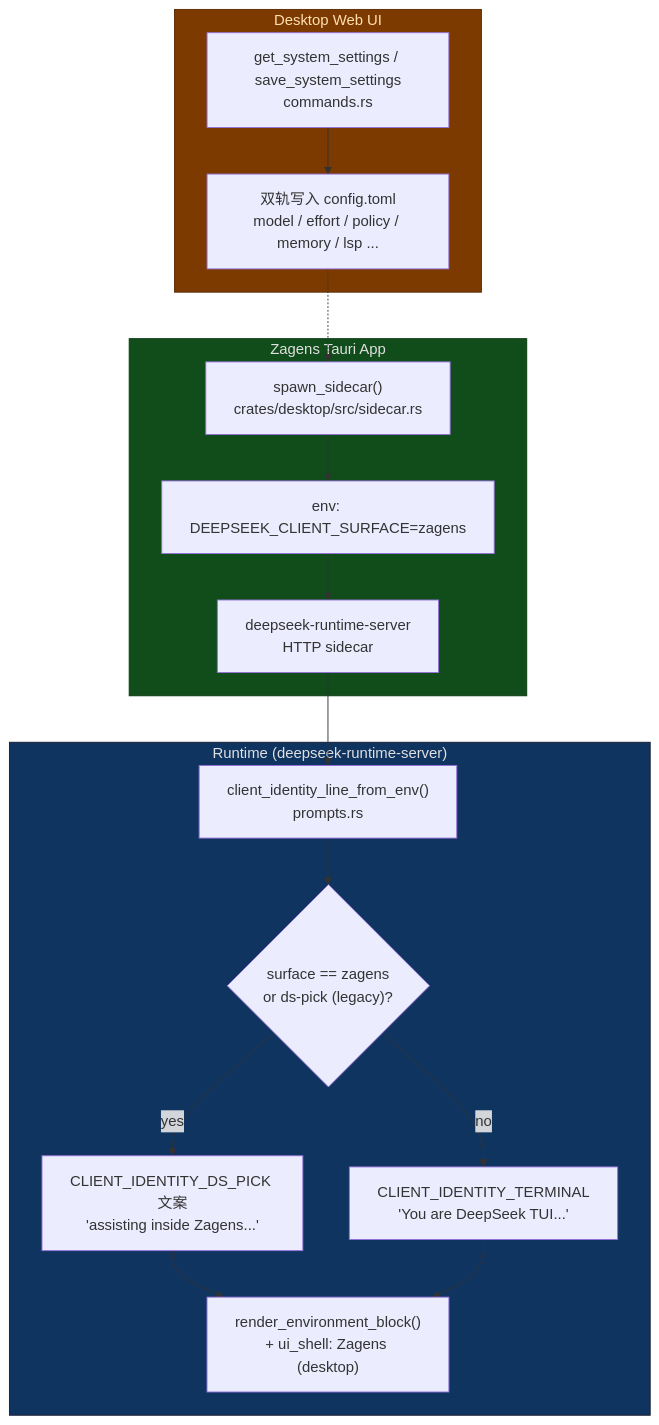
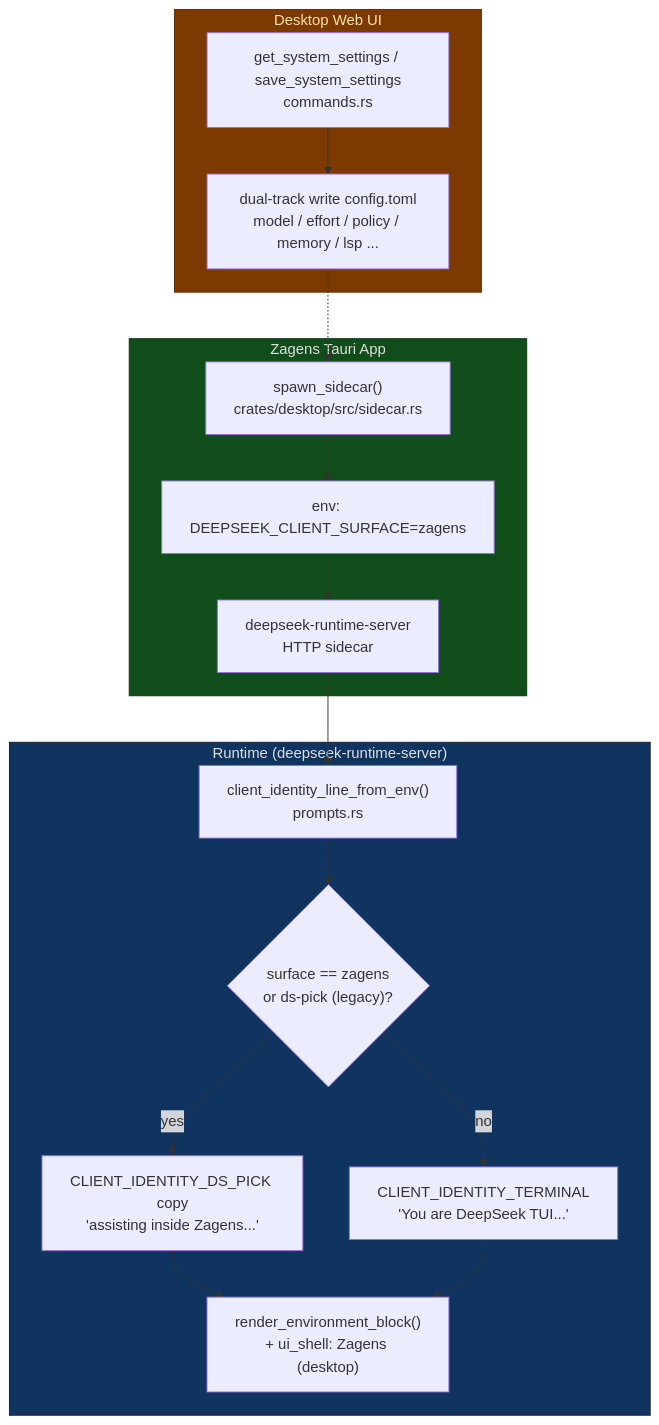
Before and after one commit to didclawapp-ai/zagens: the sixth of 7 diagrams in docs/prompt-architecture.md, drawn with Mermaid. The commit also changed other lines of this file and 26 other files, not shown here.

````diff
--- a/docs/prompt-architecture.md
+++ b/docs/prompt-architecture.md
@@ -261,37 +261,37 @@
 ```mermaid
 flowchart TD
     subgraph DESKTOP["Zagens Tauri App"]
         SIDECAR["spawn_sidecar()<br/>crates/desktop/src/sidecar.rs"]
         ENV["env: DEEPSEEK_CLIENT_SURFACE=zagens"]
         SERVE["deepseek-runtime-server<br/>HTTP sidecar"]
     end
 
     subgraph RUNTIME["Runtime (deepseek-runtime-server)"]
         DETECT["client_identity_line_from_env()<br/>prompts.rs"]
         SWITCH{"surface == zagens<br/>or ds-pick (legacy)?"}
-        ID_ZAGENS["CLIENT_IDENTITY_DS_PICK 文案<br/>'assisting inside Zagens...'"]
+        ID_ZAGENS["CLIENT_IDENTITY_DS_PICK copy<br/>'assisting inside Zagens...'"]
         ID_TUI["CLIENT_IDENTITY_TERMINAL<br/>'You are DeepSeek TUI...'"]
         ENV_BLOCK["render_environment_block()<br/>+ ui_shell: Zagens (desktop)"]
     end
 
     subgraph WEB["Desktop Web UI"]
         PANEL["get_system_settings / save_system_settings<br/>commands.rs"]
-        SYNC["双轨写入 config.toml<br/>model / effort / policy / memory / lsp ..."]
+        SYNC["dual-track write config.toml<br/>model / effort / policy / memory / lsp ..."]
     end
 
     SIDECAR --> ENV
     ENV --> SERVE
     SERVE --> DETECT
     DETECT --> SWITCH
     SWITCH -->|yes| ID_ZAGENS
     SWITCH -->|no| ID_TUI
     ID_ZAGENS --> ENV_BLOCK
     ID_TUI --> ENV_BLOCK
 
     PANEL --> SYNC
     SYNC -.-> SIDECAR
 
     style DESKTOP fill:#114d1a,stroke:#0a3a10,color:#e0e0e0
     style RUNTIME fill:#0f3460,stroke:#1a1a2e,color:#e0e0e0
     style WEB fill:#7c3a00,stroke:#5c2a00,color:#ffe0b0
 ```
````
